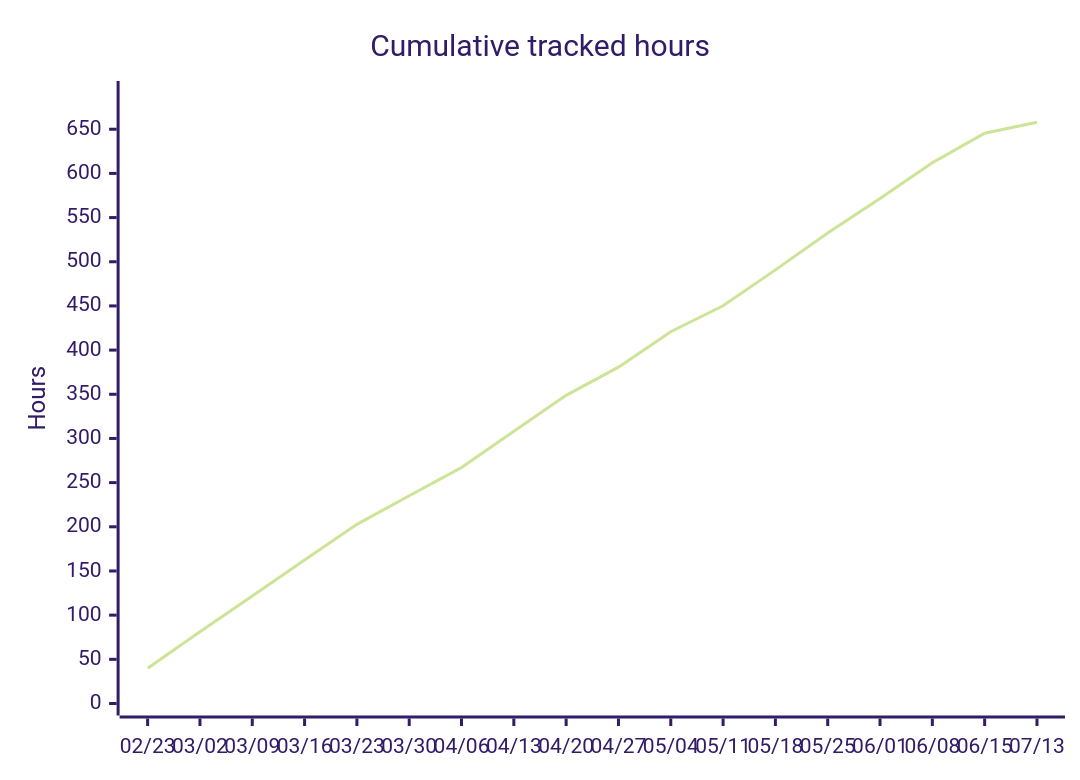
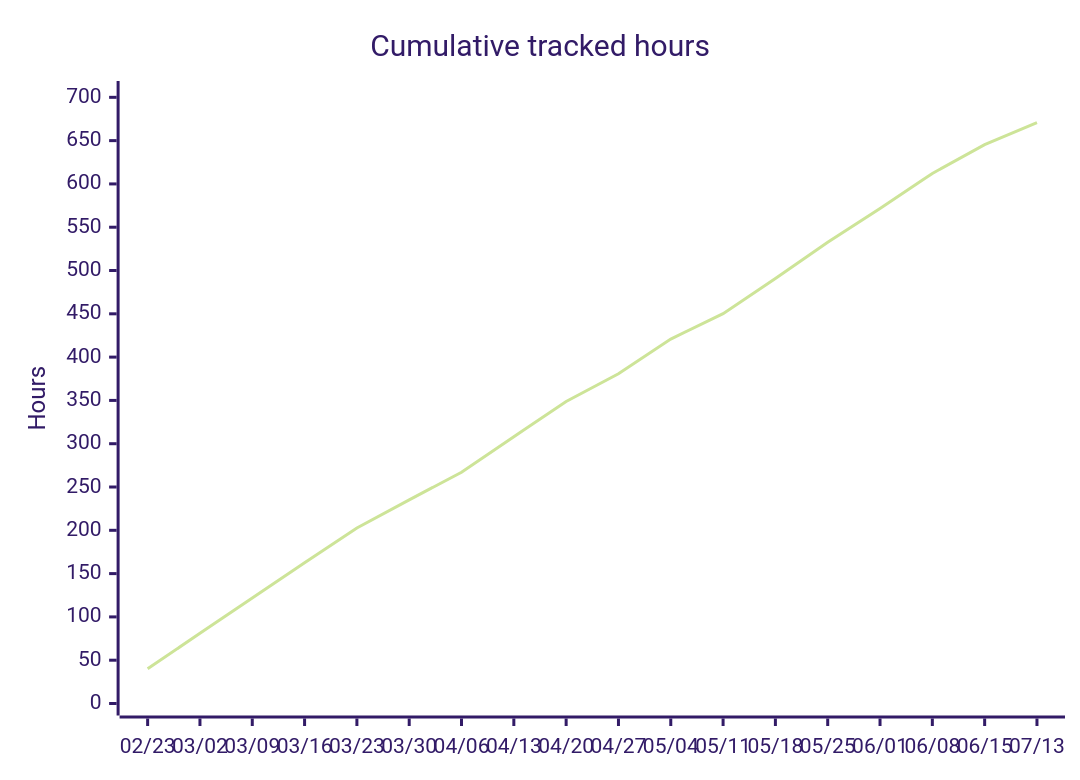
One commit to albinforsberg-netizen/timeclock changed the fifth of 5 diagrams in README.org. Above: the diagram before and after it, drawn with Mermaid (forest theme). The commit also changed other lines of this file, not shown here.

```diff
--- a/README.org
+++ b/README.org
@@ -125,7 +125,7 @@
 #+begin_src mermaid
 xychart-beta
     title "Cumulative tracked hours"
     x-axis ["02/23", "03/02", "03/09", "03/16", "03/23", "03/30", "04/06", "04/13", "04/20", "04/27", "05/04", "05/11", "05/18", "05/25", "06/01", "06/08", "06/15", "07/13"]
-    y-axis "Hours" 0 --> 691
-    line [40.00, 81.25, 121.75, 162.50, 202.75, 235.19, 267.03, 308.11, 348.83, 380.71, 420.81, 450.20, 490.81, 532.57, 571.50, 612.14, 645.42, 657.86]
+    y-axis "Hours" 0 --> 705
+    line [40.00, 81.25, 121.75, 162.50, 202.75, 235.19, 267.03, 308.11, 348.83, 380.71, 420.81, 450.20, 490.81, 532.57, 571.50, 612.14, 645.42, 670.71]
 #+end_src
```
